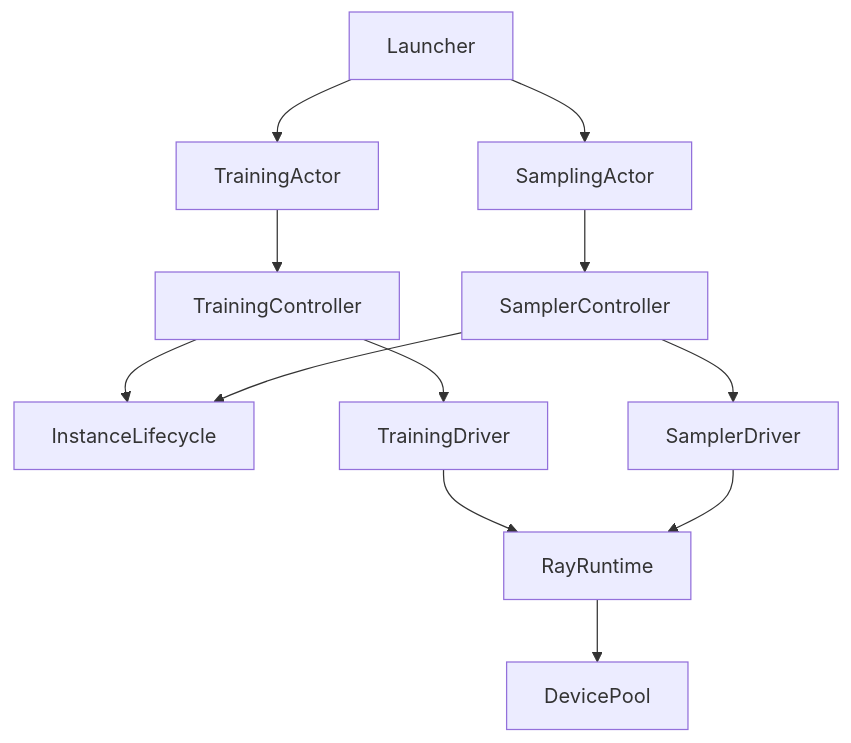
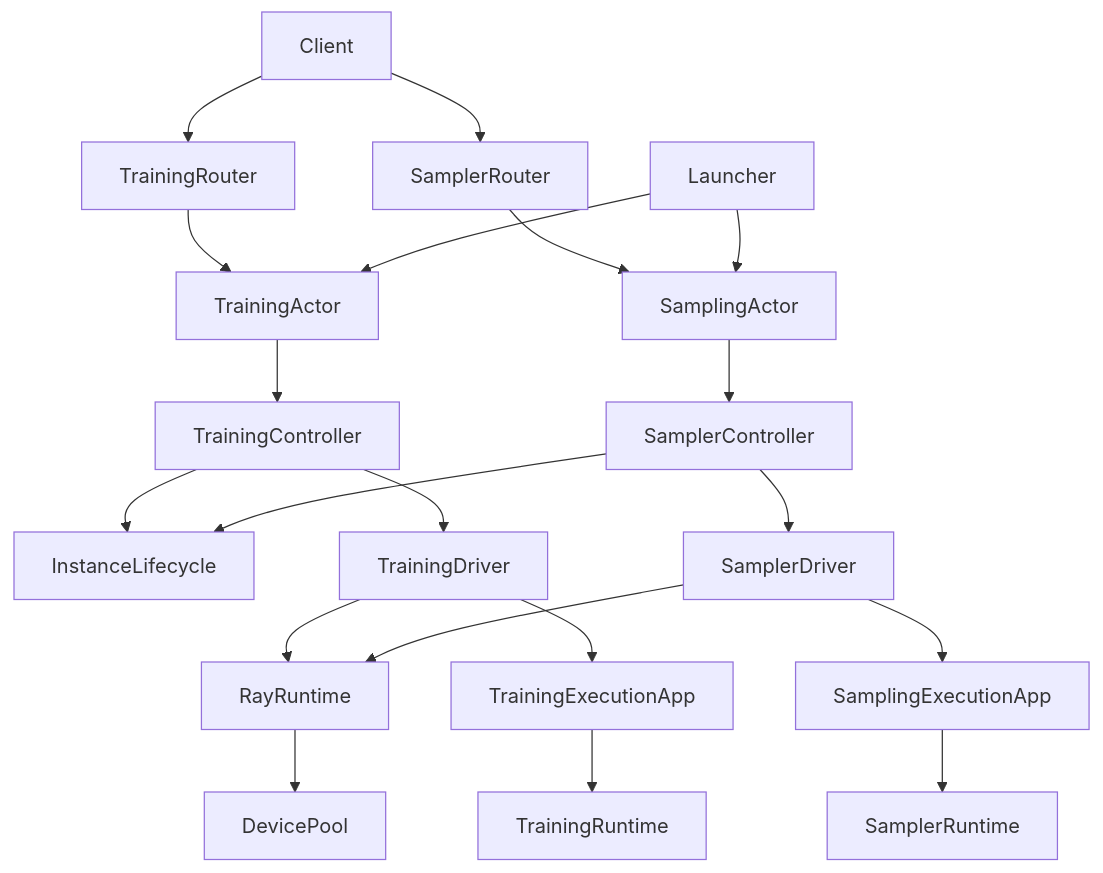
One commit to Devin-DC-Huang/twinkle changed the diagram in src/twinkle/server/README.md. Above: the diagram before and after it, drawn with Mermaid. The commit also changed other lines of this file and 204 other files, not shown here.

````diff
--- a/src/twinkle/server/README.md
+++ b/src/twinkle/server/README.md
@@ -5,14 +5,22 @@
 ```mermaid
 flowchart TD
+    Client --> TrainingRouter
+    Client --> SamplerRouter
+    TrainingRouter --> TrainingActor
+    SamplerRouter --> SamplingActor
     Launcher --> TrainingActor
     Launcher --> SamplingActor
     TrainingActor --> TrainingController
     SamplingActor --> SamplerController
     TrainingController --> InstanceLifecycle
     SamplerController --> InstanceLifecycle
     TrainingController --> TrainingDriver
     SamplerController --> SamplerDriver
     TrainingDriver --> RayRuntime
     SamplerDriver --> RayRuntime
     RayRuntime --> DevicePool
+    TrainingDriver --> TrainingExecutionApp
+    SamplerDriver --> SamplingExecutionApp
+    TrainingExecutionApp --> TrainingRuntime
+    SamplingExecutionApp --> SamplerRuntime
 ```
````
